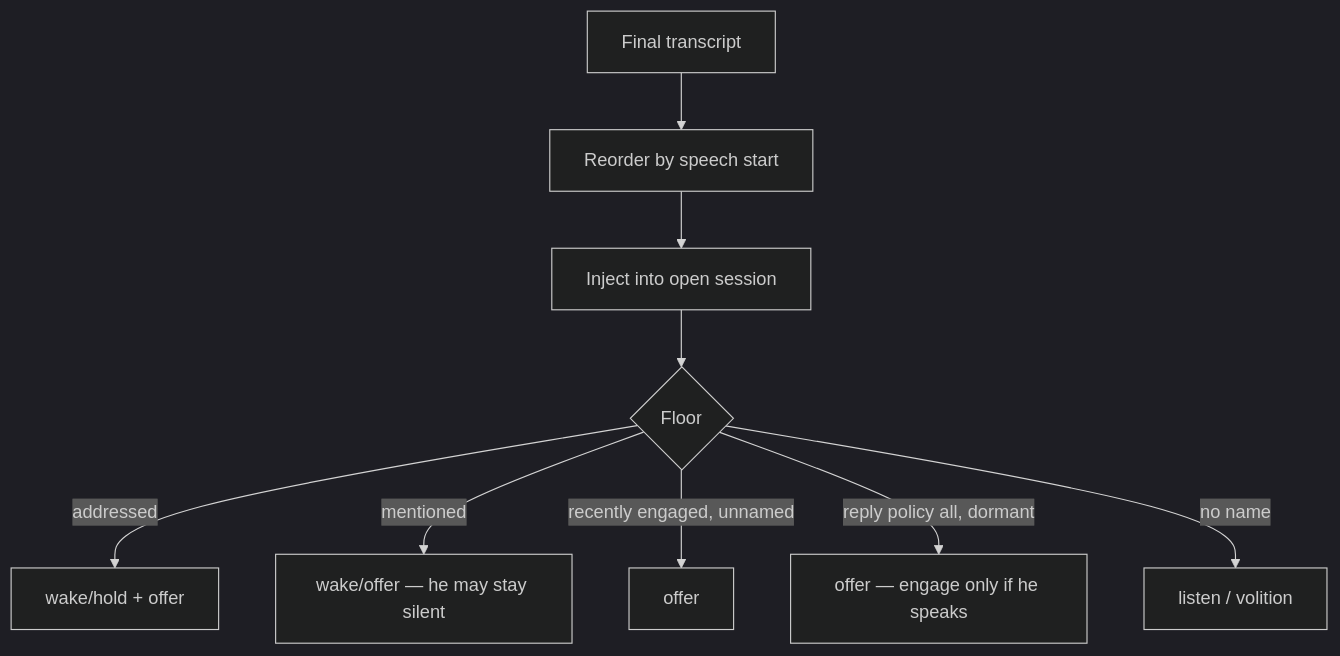
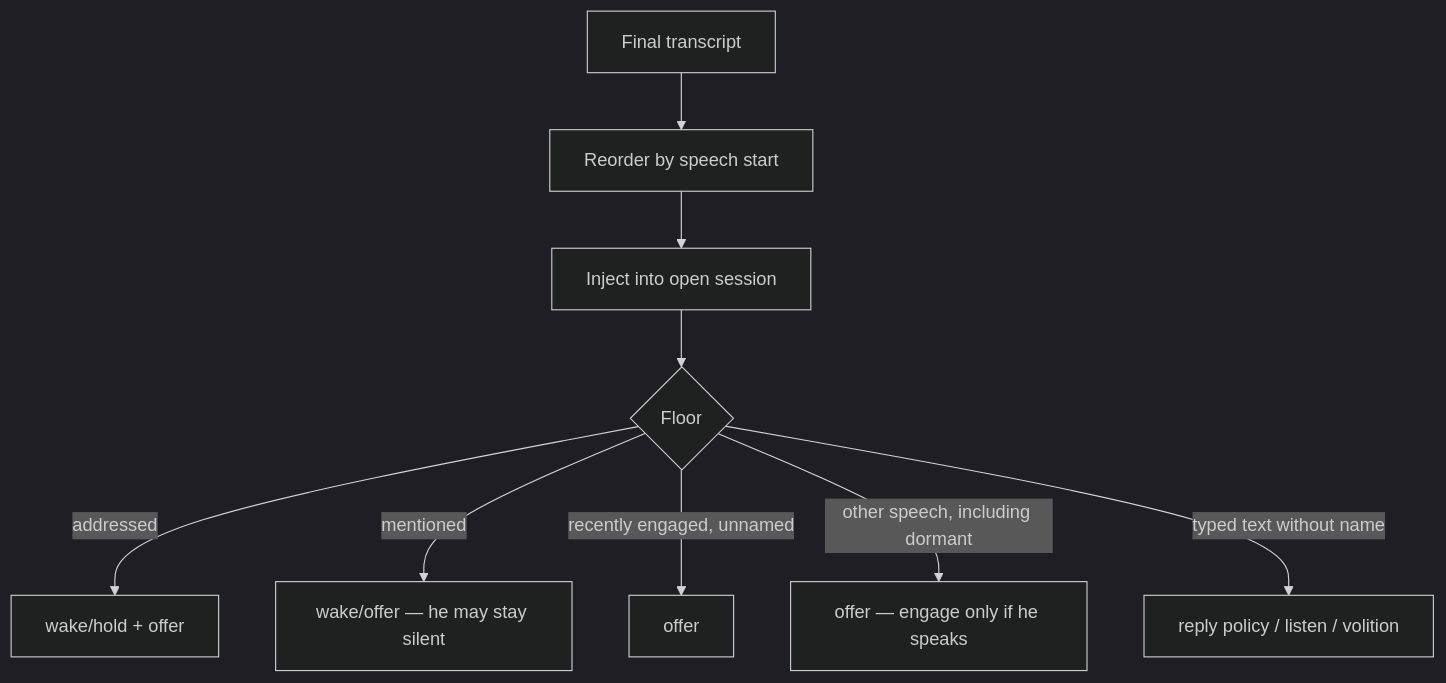
One commit to Volpestyle/clankie changed the diagram in docs/adr/0119-the-room-is-heard-the-floor-is-who-he-answers.md. Above: the diagram before and after it, drawn with Mermaid (dark theme). The commit also changed other lines of this file and 8 other files, not shown here.

````diff
--- a/docs/adr/0119-the-room-is-heard-the-floor-is-who-he-answers.md
+++ b/docs/adr/0119-the-room-is-heard-the-floor-is-who-he-answers.md
@@ -37,11 +46,11 @@
 ```mermaid
 flowchart TD
   T[Final transcript] --> R[Reorder by speech start]
   R --> H[Inject into open session]
   H --> F{Floor}
   F -->|addressed| S[wake/hold + offer]
   F -->|mentioned| M[wake/offer — he may stay silent]
   F -->|recently engaged, unnamed| O[offer]
-  F -->|reply policy all, dormant| P[offer — engage only if he speaks]
-  F -->|no name| L[listen / volition]
+  F -->|other speech, including dormant| P[offer — engage only if he speaks]
+  F -->|typed text without name| L[reply policy / listen / volition]
 ```
````
